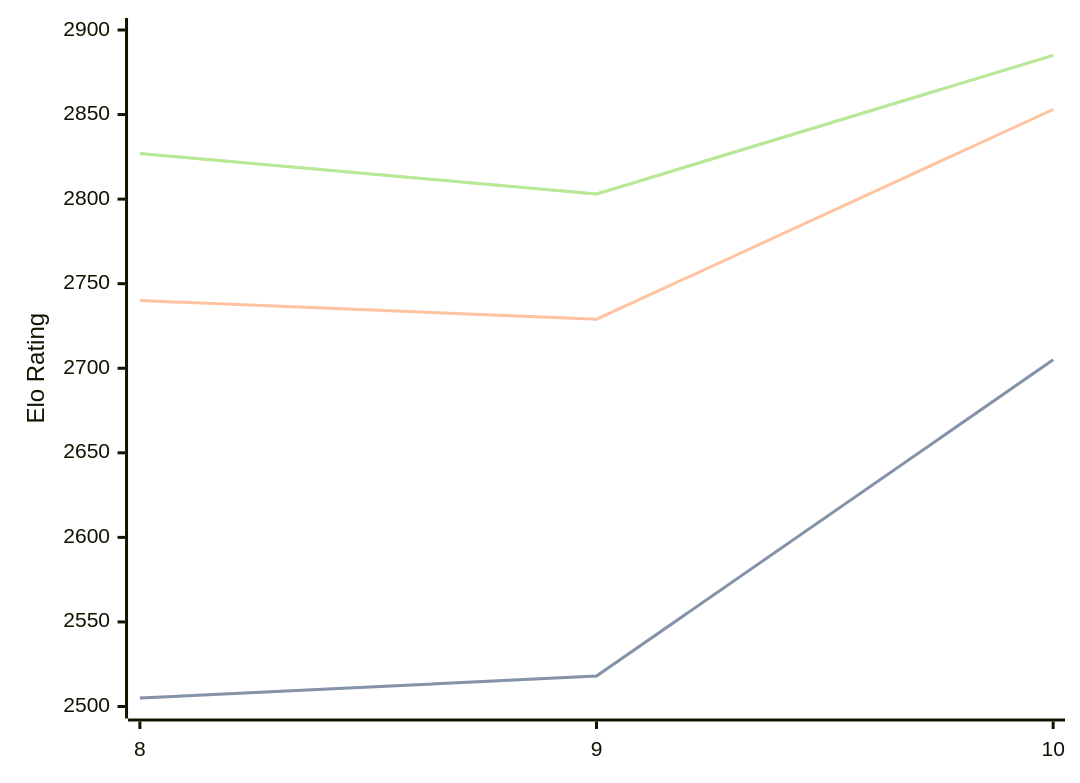
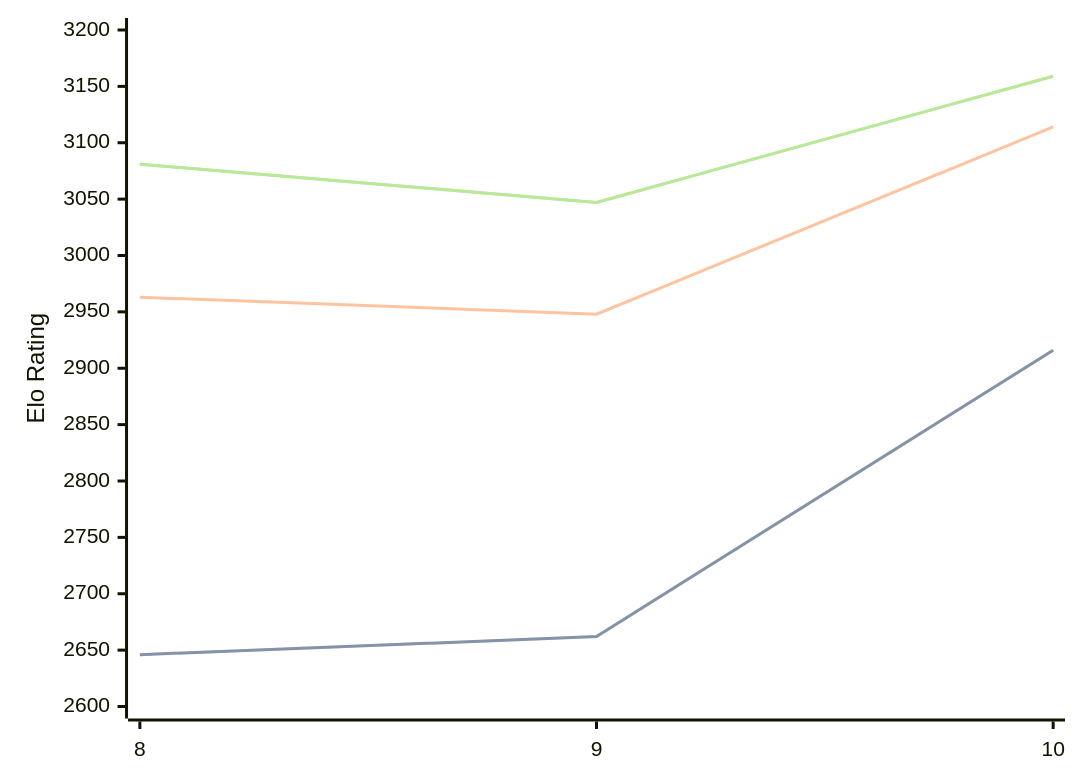
The diagram in engines/Lozza.md (computer-chess-index/cci), drawn with Mermaid before and after one commit. The commit also changed other lines of this file, not shown here.

Commit message:
Update CCI Ratings (ELO VLTC) - 2026-02-24

````diff
--- a/engines/Lozza.md
+++ b/engines/Lozza.md
@@ -38,11 +39,11 @@
 ```mermaid
 %%{init: {"theme":"base","themeVariables":{"seriesColors:['#a3a3a3','#222221','#faa371']}}}%%
 xychart-beta
   x-axis ["8", "9", "10"]
-  y-axis "Elo Rating" 2500 --> 2900
-  line "STC (8.0+0.08s)" [2505, 2518, 2705]
-  line "STC (8.0+0.08s)" [2505, 2518, 2705]
-  line "LTC (60.0+0.60s)" [2740, 2729, 2853]
-  line "VLTC (2m24s+1.12s)" [2827, 2803, 2885]
-  line "VLTC (2m24s+1.12s)" [2827, 2803, 2885]
+  y-axis "Elo Rating" 2600 --> 3200
+  line "STC (8.0+0.08s)" [2646, 2662, 2916]
+  line "STC (8.0+0.08s)" [2646, 2662, 2916]
+  line "LTC (60.0+0.60s)" [2963, 2948, 3114]
+  line "VLTC (2m24s+1.12s)" [3081, 3047, 3159]
+  line "VLTC (2m24s+1.12s)" [3081, 3047, 3159]
 ```
````
